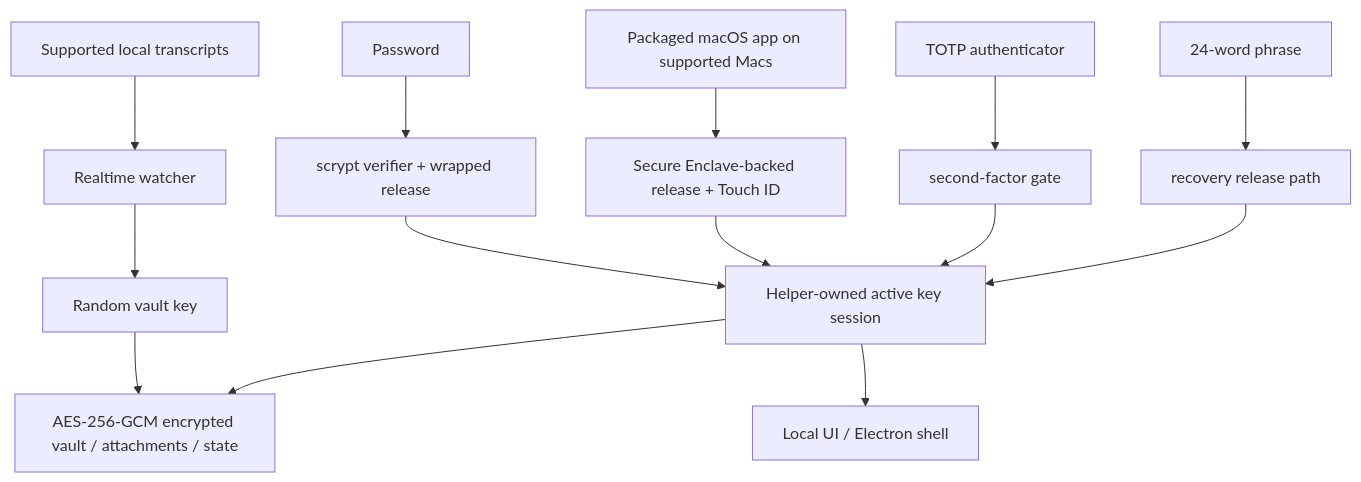
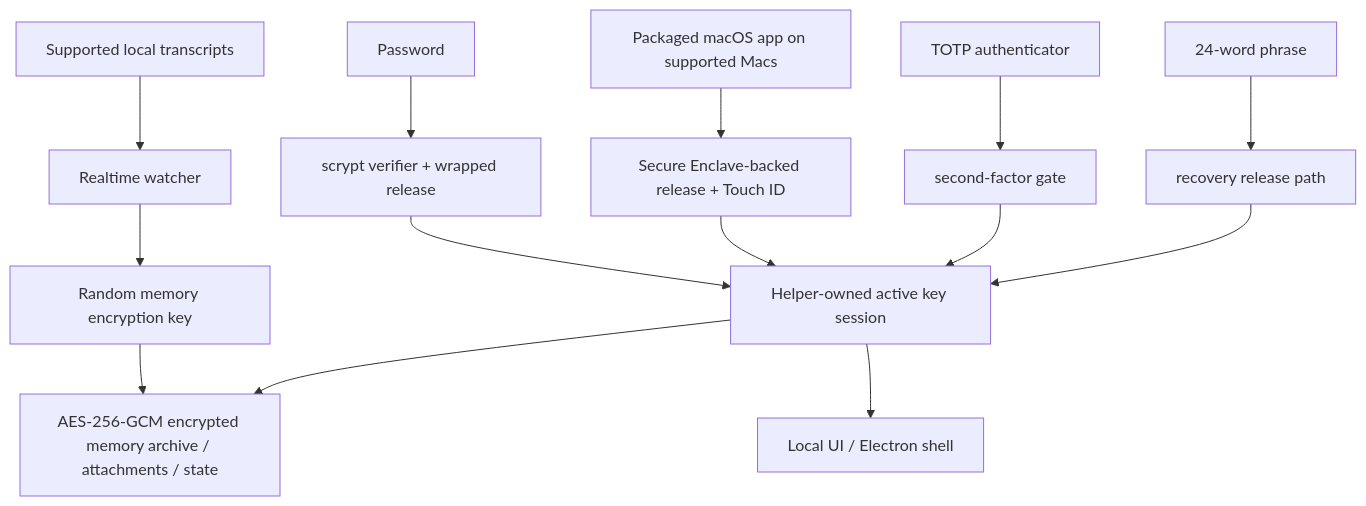
The diagram in README.md (max-ng/datamoat), drawn with Mermaid before and after one commit. The commit also changed other lines of this file and 1 other file, not shown here.

Commit message:
docs: use memory archive language in README

````diff
--- a/README.md
+++ b/README.md
@@ -117,19 +117,19 @@
 ```mermaid
 flowchart TD
     A["Supported local transcripts"] --> B["Realtime watcher"]
-    B --> C["Random vault key"]
-    C --> D["AES-256-GCM encrypted vault / attachments / state"]
+    B --> C["Random memory encryption key"]
+    C --> D["AES-256-GCM encrypted memory archive / attachments / state"]
 
     P["Password"] --> P2["scrypt verifier + wrapped release"]
     T["Packaged macOS app on supported Macs"] --> T2["Secure Enclave-backed release + Touch ID"]
     G["TOTP authenticator"] --> G2["second-factor gate"]
     R["24-word phrase"] --> R2["recovery release path"]
 
     P2 --> H["Helper-owned active key session"]
     T2 --> H
     G2 --> H
     R2 --> H
 
     H --> D
     H --> U["Local UI / Electron shell"]
 ```
````
